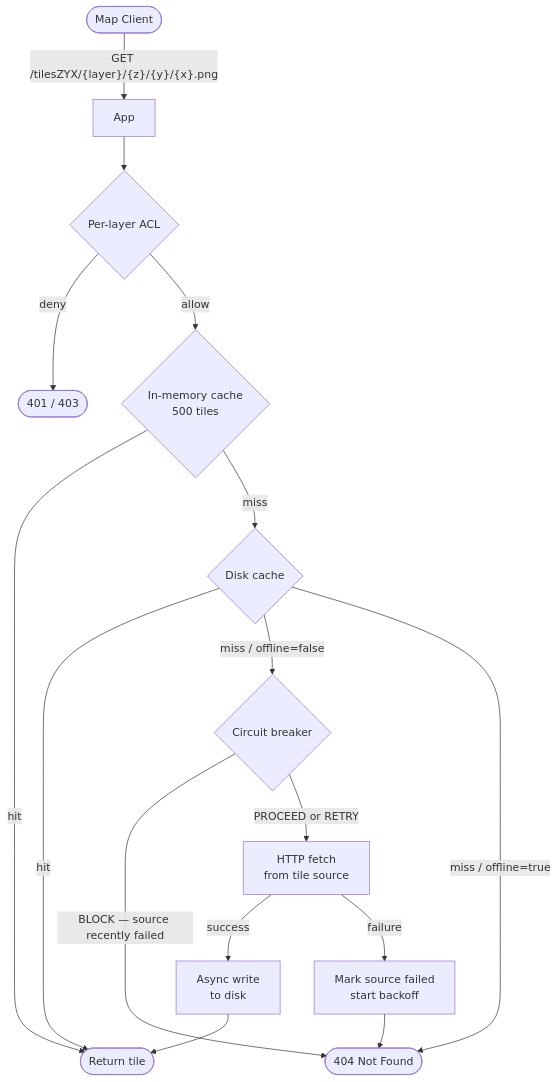
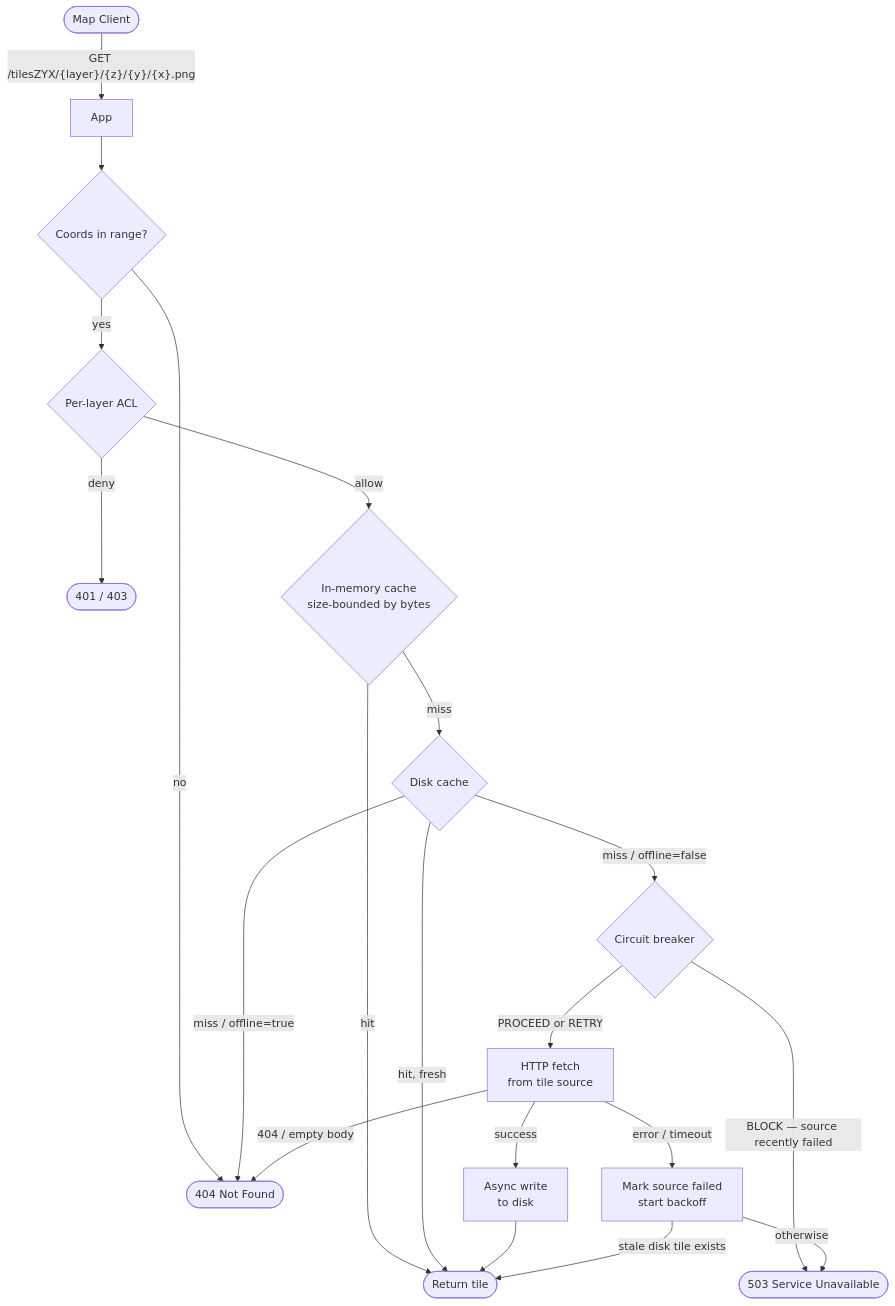
The diagram in README.md (clockard/xyz-tile-cache), drawn with Mermaid before and after one commit. The commit also changed other lines of this file and 1 other file, not shown here.

First line of the commit message:
docs: sync README/CLAUDE with current cache, breaker, preload, and security behavior

````diff
--- a/README.md
+++ b/README.md
@@ -18,23 +18,27 @@
 ```mermaid
 flowchart TD
     Client([Map Client]) -->|"GET /tilesZYX/#123;layer#125;/#123;z#125;/#123;y#125;/#123;x#125;.png"| App
 
-    App --> ACL{Per-layer ACL}
+    App --> Bounds{Coords in range?}
+    Bounds -->|no| NotFound([404 Not Found])
+    Bounds -->|yes| ACL{Per-layer ACL}
     ACL -->|deny| Forbidden([401 / 403])
-    ACL -->|allow| MemCache{In-memory cache\n500 tiles}
+    ACL -->|allow| MemCache{In-memory cache\nsize-bounded by bytes}
 
     MemCache -->|hit| Response([Return tile])
     MemCache -->|miss| DiskCache{Disk cache}
 
-    DiskCache -->|hit| Response
+    DiskCache -->|hit, fresh| Response
     DiskCache -->|miss / offline=false| CB{Circuit breaker}
-    DiskCache -->|miss / offline=true| NotFound([404 Not Found])
+    DiskCache -->|miss / offline=true| NotFound
 
-    CB -->|BLOCK — source recently failed| NotFound
+    CB -->|BLOCK — source recently failed| Unavailable([503 Service Unavailable])
     CB -->|PROCEED or RETRY| Fetch[HTTP fetch\nfrom tile source]
 
     Fetch -->|success| AsyncWrite[Async write\nto disk]
     AsyncWrite --> Response
-    Fetch -->|failure| SourceFailed[Mark source failed\nstart backoff]
-    SourceFailed --> NotFound
+    Fetch -->|404 / empty body| NotFound
+    Fetch -->|error / timeout| SourceFailed[Mark source failed\nstart backoff]
+    SourceFailed -->|stale disk tile exists| Response
+    SourceFailed -->|otherwise| Unavailable
 ```
````
